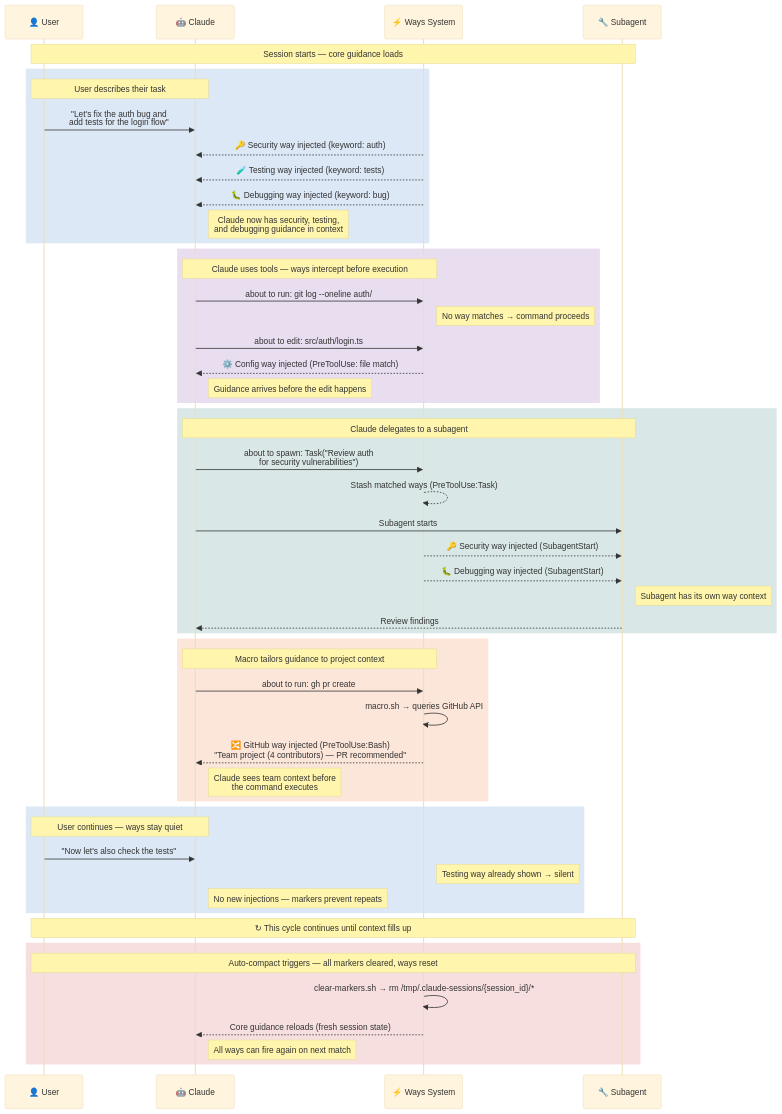
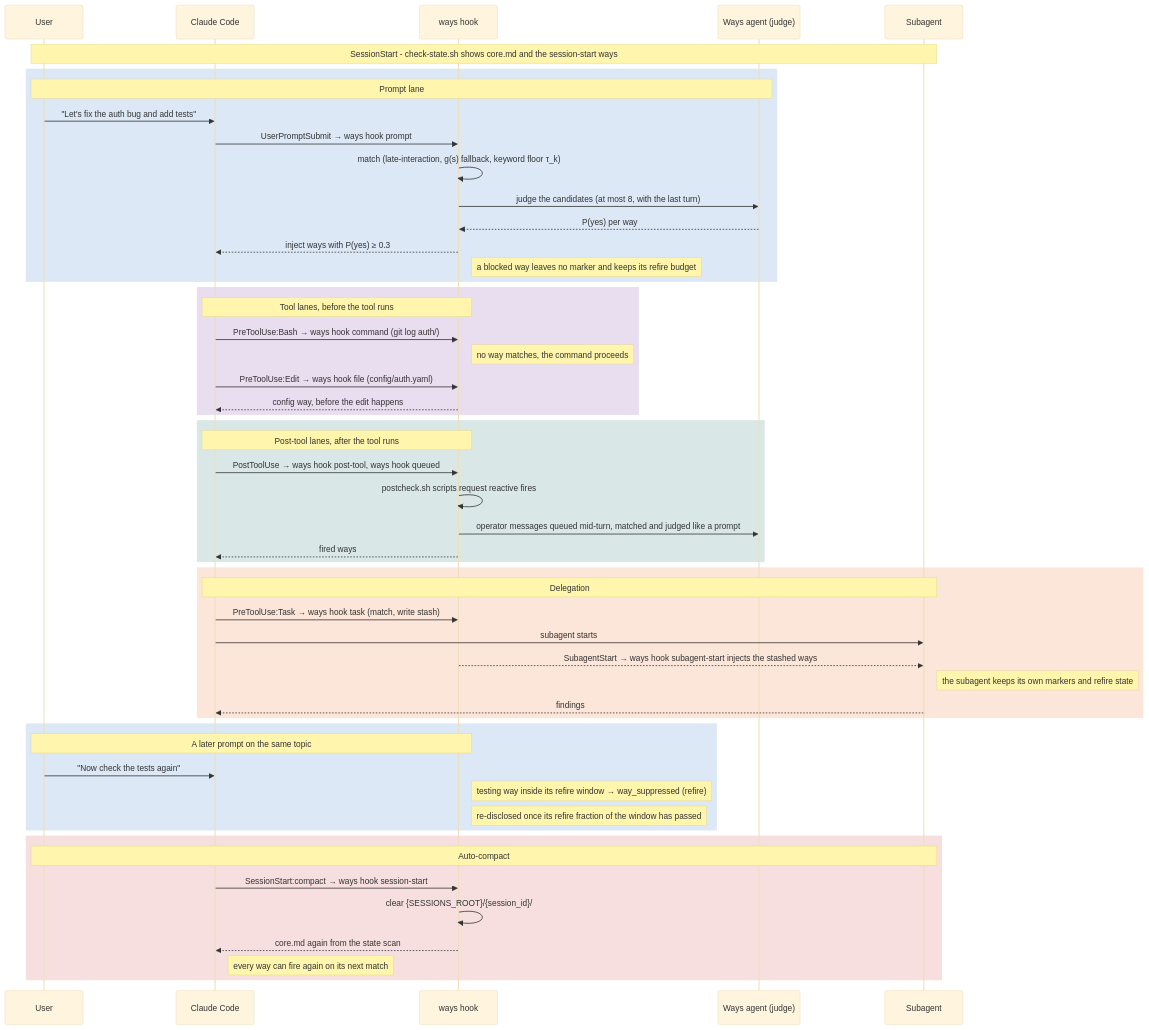
Before and after one commit to aaronsb/agent-ways: the first of 13 diagrams in docs/architecture.md, drawn with Mermaid (base theme). The commit also changed other lines of this file and 7 other files, not shown here.

First line of the commit message:
docs(architecture): redraw the ways pipeline for the judge, late-interaction and per-agent state

````diff
--- a/docs/architecture.md
+++ b/docs/architecture.md
@@ -9,62 +25,61 @@
 ```mermaid
 sequenceDiagram
-    participant U as 👤 User
-    participant C as 🤖 Claude
-    participant W as ⚡ Ways System
-    participant S as 🔧 Subagent
+    participant U as User
+    participant C as Claude Code
+    participant W as ways hook
+    participant G as Ways agent (judge)
+    participant S as Subagent
 
-    Note over U,S: Session starts — core guidance loads
+    Note over U,S: SessionStart - check-state.sh shows core.md and the session-start ways
 
     rect rgba(21, 101, 192, 0.15)
-        Note over U,C: User describes their task
-        U->>C: "Let's fix the auth bug and<br/>add tests for the login flow"
-        W-->>C: 🔑 Security way injected (keyword: auth)
-        W-->>C: 🧪 Testing way injected (keyword: tests)
-        W-->>C: 🐛 Debugging way injected (keyword: bug)
-        Note right of C: Claude now has security, testing,<br/>and debugging guidance in context
+        Note over U,G: Prompt lane
+        U->>C: "Let's fix the auth bug and add tests"
+        C->>W: UserPromptSubmit → ways hook prompt
+        W->>W: match (late-interaction, g(s) fallback, keyword floor τ_k)
+        W->>G: judge the candidates (at most 8, with the last turn)
+        G-->>W: P(yes) per way
+        W-->>C: inject ways with P(yes) ≥ 0.3
+        Note right of W: a blocked way leaves no marker and keeps its refire budget
     end
 
     rect rgba(106, 27, 154, 0.15)
-        Note over C,W: Claude uses tools — ways intercept before execution
-        C->>W: about to run: git log --oneline auth/
-        Note right of W: No way matches → command proceeds
-        C->>W: about to edit: src/auth/login.ts
-        W-->>C: ⚙️ Config way injected (PreToolUse: file match)
-        Note right of C: Guidance arrives before the edit happens
+        Note over C,W: Tool lanes, before the tool runs
+        C->>W: PreToolUse:Bash → ways hook command (git log auth/)
+        Note right of W: no way matches, the command proceeds
+        C->>W: PreToolUse:Edit → ways hook file (config/auth.yaml)
+        W-->>C: config way, before the edit happens
     end
 
     rect rgba(0, 105, 92, 0.15)
-        Note over C,S: Claude delegates to a subagent
-        C->>W: about to spawn: Task("Review auth<br/>for security vulnerabilities")
-        W-->>W: Stash matched ways (PreToolUse:Task)
-        C->>S: Subagent starts
-        W-->>S: 🔑 Security way injected (SubagentStart)
-        W-->>S: 🐛 Debugging way injected (SubagentStart)
-        Note right of S: Subagent has its own way context
-        S-->>C: Review findings
+        Note over C,W: Post-tool lanes, after the tool runs
+        C->>W: PostToolUse → ways hook post-tool, ways hook queued
+        W->>W: postcheck.sh scripts request reactive fires
+        W->>G: operator messages queued mid-turn, matched and judged like a prompt
+        W-->>C: fired ways
     end
 
     rect rgba(230, 81, 0, 0.15)
-        Note over C,W: Macro tailors guidance to project context
-        C->>W: about to run: gh pr create
-        W->>W: macro.sh → queries GitHub API
-        W-->>C: 🔀 GitHub way injected (PreToolUse:Bash)<br/>"Team project (4 contributors) — PR recommended"
-        Note right of C: Claude sees team context before<br/>the command executes
+        Note over C,S: Delegation
+        C->>W: PreToolUse:Task → ways hook task (match, write stash)
+        C->>S: subagent starts
+        W-->>S: SubagentStart → ways hook subagent-start injects the stashed ways
+        Note right of S: the subagent keeps its own markers and refire state
+        S-->>C: findings
     end
 
     rect rgba(21, 101, 192, 0.15)
-        Note over U,C: User continues — ways stay quiet
-        U->>C: "Now let's also check the tests"
-        Note right of W: Testing way already shown → silent
-        Note right of C: No new injections — markers prevent repeats
+        Note over U,W: A later prompt on the same topic
+        U->>C: "Now check the tests again"
+        Note right of W: testing way inside its refire window → way_suppressed (refire)
+        Note right of W: re-disclosed once its refire fraction of the window has passed
     end
 
-    Note over U,S: ↻ This cycle continues until context fills up
-
     rect rgba(198, 40, 40, 0.15)
-        Note over U,S: Auto-compact triggers — all markers cleared, ways reset
-        W->>W: clear-markers.sh → rm /tmp/.claude-sessions/{session_id}/*
-        W-->>C: Core guidance reloads (fresh session state)
-        Note right of C: All ways can fire again on next match
+        Note over U,S: Auto-compact
+        C->>W: SessionStart:compact → ways hook session-start
+        W->>W: clear {SESSIONS_ROOT}/{session_id}/
+        W-->>C: core.md again from the state scan
+        Note right of C: every way can fire again on its next match
     end
 ```
````
